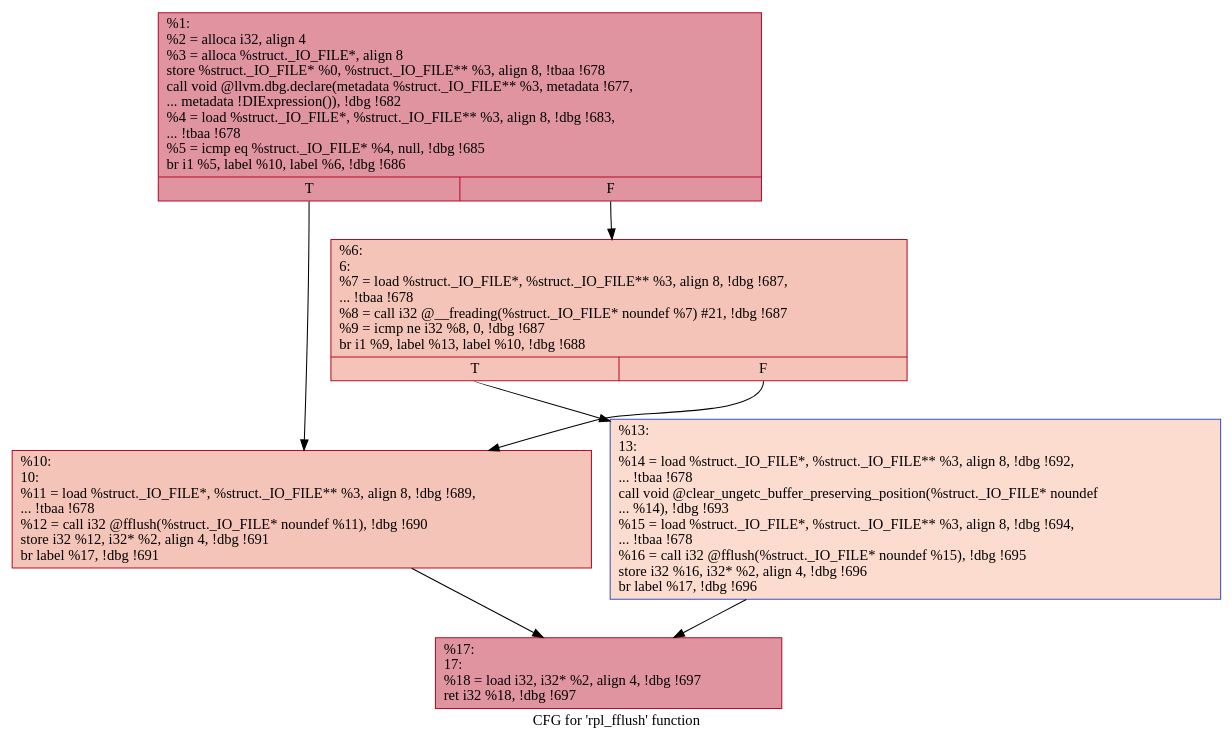
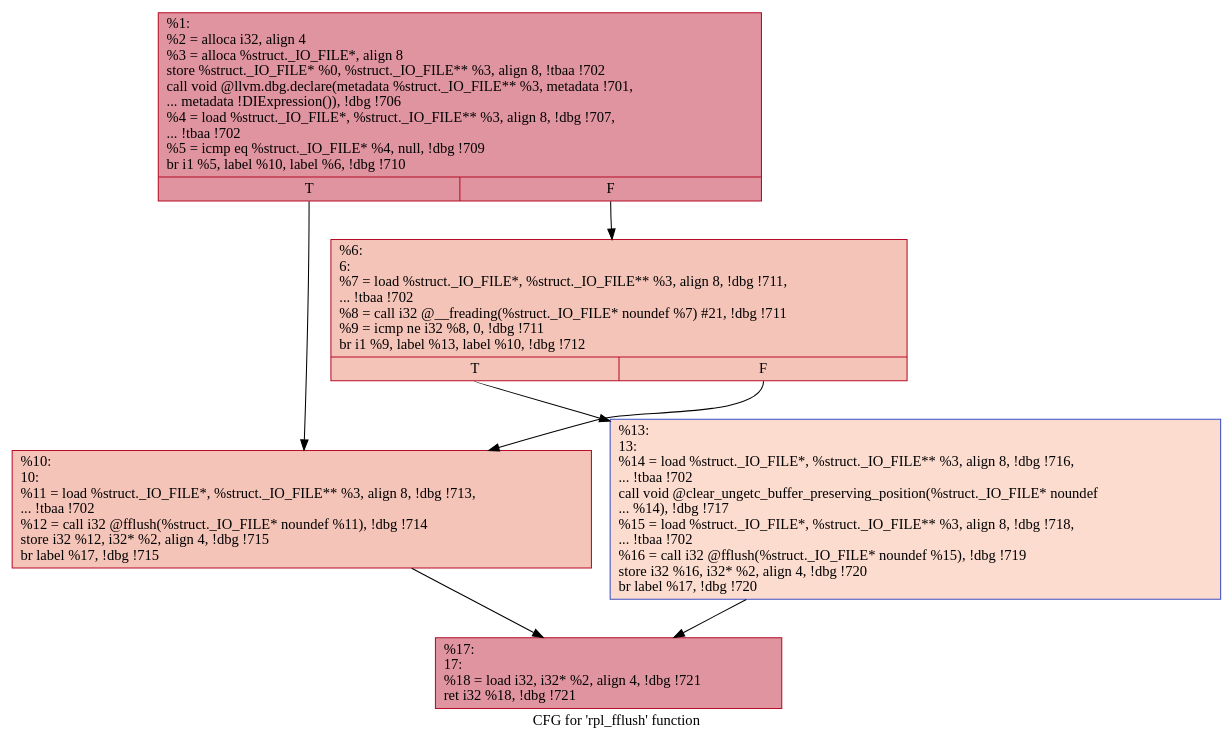
The diagram in src/experiments/coreutils/.rpl_fflush.dot (hmc-alpaqa/metrinome), drawn with Graphviz before and after one commit. The commit also changed 118 other files, not shown here.

```diff
--- a/src/experiments/coreutils/.rpl_fflush.dot
+++ b/src/experiments/coreutils/.rpl_fflush.dot
@@ -1,15 +1,15 @@
 digraph "CFG for 'rpl_fflush' function" {
 	label="CFG for 'rpl_fflush' function";
 
-	Node0x1d7cef0 [shape=record,color="#b70d28ff", style=filled, fillcolor="#b70d2870",label="{%1:\l  %2 = alloca i32, align 4\l  %3 = alloca %struct._IO_FILE*, align 8\l  store %struct._IO_FILE* %0, %struct._IO_FILE** %3, align 8, !tbaa !678\l  call void @llvm.dbg.declare(metadata %struct._IO_FILE** %3, metadata !677,\l... metadata !DIExpression()), !dbg !682\l  %4 = load %struct._IO_FILE*, %struct._IO_FILE** %3, align 8, !dbg !683,\l... !tbaa !678\l  %5 = icmp eq %struct._IO_FILE* %4, null, !dbg !685\l  br i1 %5, label %10, label %6, !dbg !686\l|{<s0>T|<s1>F}}"];
-	Node0x1d7cef0:s0 -> Node0x1d07010;
-	Node0x1d7cef0:s1 -> Node0x1d06fc0;
-	Node0x1d06fc0 [shape=record,color="#b70d28ff", style=filled, fillcolor="#e97a5f70",label="{%6:\l6:                                                \l  %7 = load %struct._IO_FILE*, %struct._IO_FILE** %3, align 8, !dbg !687,\l... !tbaa !678\l  %8 = call i32 @__freading(%struct._IO_FILE* noundef %7) #21, !dbg !687\l  %9 = icmp ne i32 %8, 0, !dbg !687\l  br i1 %9, label %13, label %10, !dbg !688\l|{<s0>T|<s1>F}}"];
-	Node0x1d06fc0:s0 -> Node0x1d07060;
-	Node0x1d06fc0:s1 -> Node0x1d07010;
-	Node0x1d07010 [shape=record,color="#b70d28ff", style=filled, fillcolor="#e97a5f70",label="{%10:\l10:                                               \l  %11 = load %struct._IO_FILE*, %struct._IO_FILE** %3, align 8, !dbg !689,\l... !tbaa !678\l  %12 = call i32 @fflush(%struct._IO_FILE* noundef %11), !dbg !690\l  store i32 %12, i32* %2, align 4, !dbg !691\l  br label %17, !dbg !691\l}"];
-	Node0x1d07010 -> Node0x1d070b0;
-	Node0x1d07060 [shape=record,color="#3d50c3ff", style=filled, fillcolor="#f7af9170",label="{%13:\l13:                                               \l  %14 = load %struct._IO_FILE*, %struct._IO_FILE** %3, align 8, !dbg !692,\l... !tbaa !678\l  call void @clear_ungetc_buffer_preserving_position(%struct._IO_FILE* noundef\l... %14), !dbg !693\l  %15 = load %struct._IO_FILE*, %struct._IO_FILE** %3, align 8, !dbg !694,\l... !tbaa !678\l  %16 = call i32 @fflush(%struct._IO_FILE* noundef %15), !dbg !695\l  store i32 %16, i32* %2, align 4, !dbg !696\l  br label %17, !dbg !696\l}"];
-	Node0x1d07060 -> Node0x1d070b0;
-	Node0x1d070b0 [shape=record,color="#b70d28ff", style=filled, fillcolor="#b70d2870",label="{%17:\l17:                                               \l  %18 = load i32, i32* %2, align 4, !dbg !697\l  ret i32 %18, !dbg !697\l}"];
+	Node0x2655830 [shape=record,color="#b70d28ff", style=filled, fillcolor="#b70d2870",label="{%1:\l  %2 = alloca i32, align 4\l  %3 = alloca %struct._IO_FILE*, align 8\l  store %struct._IO_FILE* %0, %struct._IO_FILE** %3, align 8, !tbaa !702\l  call void @llvm.dbg.declare(metadata %struct._IO_FILE** %3, metadata !701,\l... metadata !DIExpression()), !dbg !706\l  %4 = load %struct._IO_FILE*, %struct._IO_FILE** %3, align 8, !dbg !707,\l... !tbaa !702\l  %5 = icmp eq %struct._IO_FILE* %4, null, !dbg !709\l  br i1 %5, label %10, label %6, !dbg !710\l|{<s0>T|<s1>F}}"];
+	Node0x2655830:s0 -> Node0x2658f60;
+	Node0x2655830:s1 -> Node0x2658f10;
+	Node0x2658f10 [shape=record,color="#b70d28ff", style=filled, fillcolor="#e97a5f70",label="{%6:\l6:                                                \l  %7 = load %struct._IO_FILE*, %struct._IO_FILE** %3, align 8, !dbg !711,\l... !tbaa !702\l  %8 = call i32 @__freading(%struct._IO_FILE* noundef %7) #21, !dbg !711\l  %9 = icmp ne i32 %8, 0, !dbg !711\l  br i1 %9, label %13, label %10, !dbg !712\l|{<s0>T|<s1>F}}"];
+	Node0x2658f10:s0 -> Node0x2658fb0;
+	Node0x2658f10:s1 -> Node0x2658f60;
+	Node0x2658f60 [shape=record,color="#b70d28ff", style=filled, fillcolor="#e97a5f70",label="{%10:\l10:                                               \l  %11 = load %struct._IO_FILE*, %struct._IO_FILE** %3, align 8, !dbg !713,\l... !tbaa !702\l  %12 = call i32 @fflush(%struct._IO_FILE* noundef %11), !dbg !714\l  store i32 %12, i32* %2, align 4, !dbg !715\l  br label %17, !dbg !715\l}"];
+	Node0x2658f60 -> Node0x2659000;
+	Node0x2658fb0 [shape=record,color="#3d50c3ff", style=filled, fillcolor="#f7af9170",label="{%13:\l13:                                               \l  %14 = load %struct._IO_FILE*, %struct._IO_FILE** %3, align 8, !dbg !716,\l... !tbaa !702\l  call void @clear_ungetc_buffer_preserving_position(%struct._IO_FILE* noundef\l... %14), !dbg !717\l  %15 = load %struct._IO_FILE*, %struct._IO_FILE** %3, align 8, !dbg !718,\l... !tbaa !702\l  %16 = call i32 @fflush(%struct._IO_FILE* noundef %15), !dbg !719\l  store i32 %16, i32* %2, align 4, !dbg !720\l  br label %17, !dbg !720\l}"];
+	Node0x2658fb0 -> Node0x2659000;
+	Node0x2659000 [shape=record,color="#b70d28ff", style=filled, fillcolor="#b70d2870",label="{%17:\l17:                                               \l  %18 = load i32, i32* %2, align 4, !dbg !721\l  ret i32 %18, !dbg !721\l}"];
 }
```
